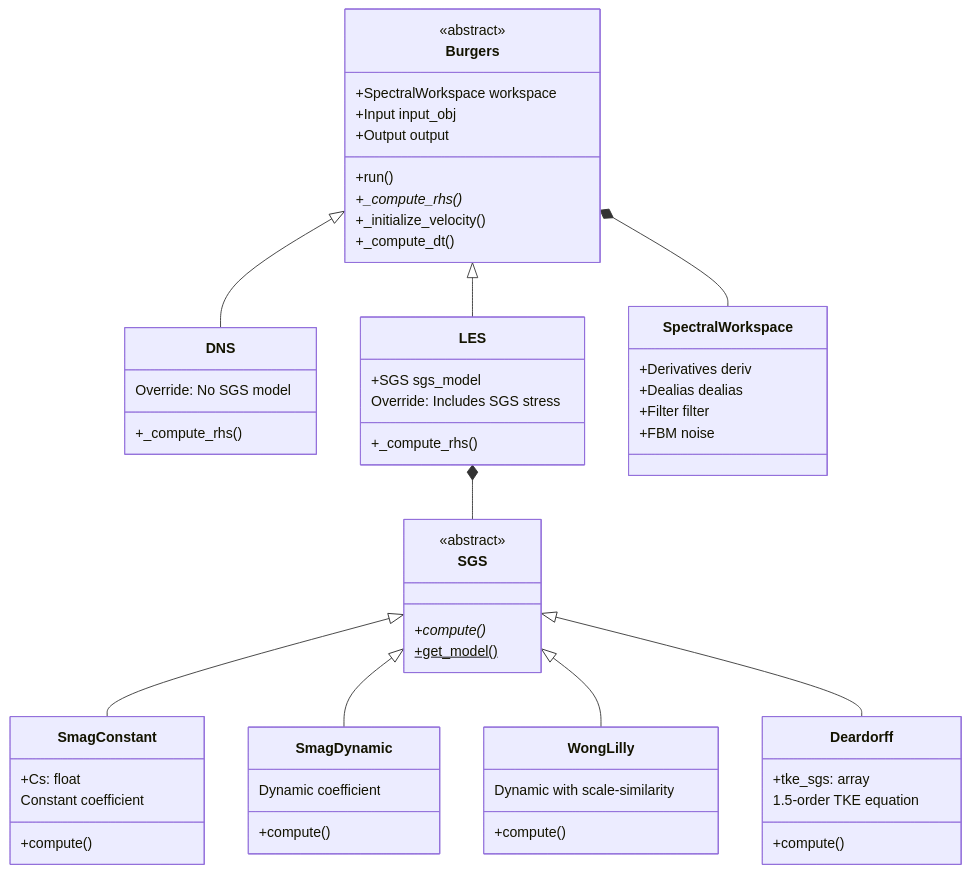
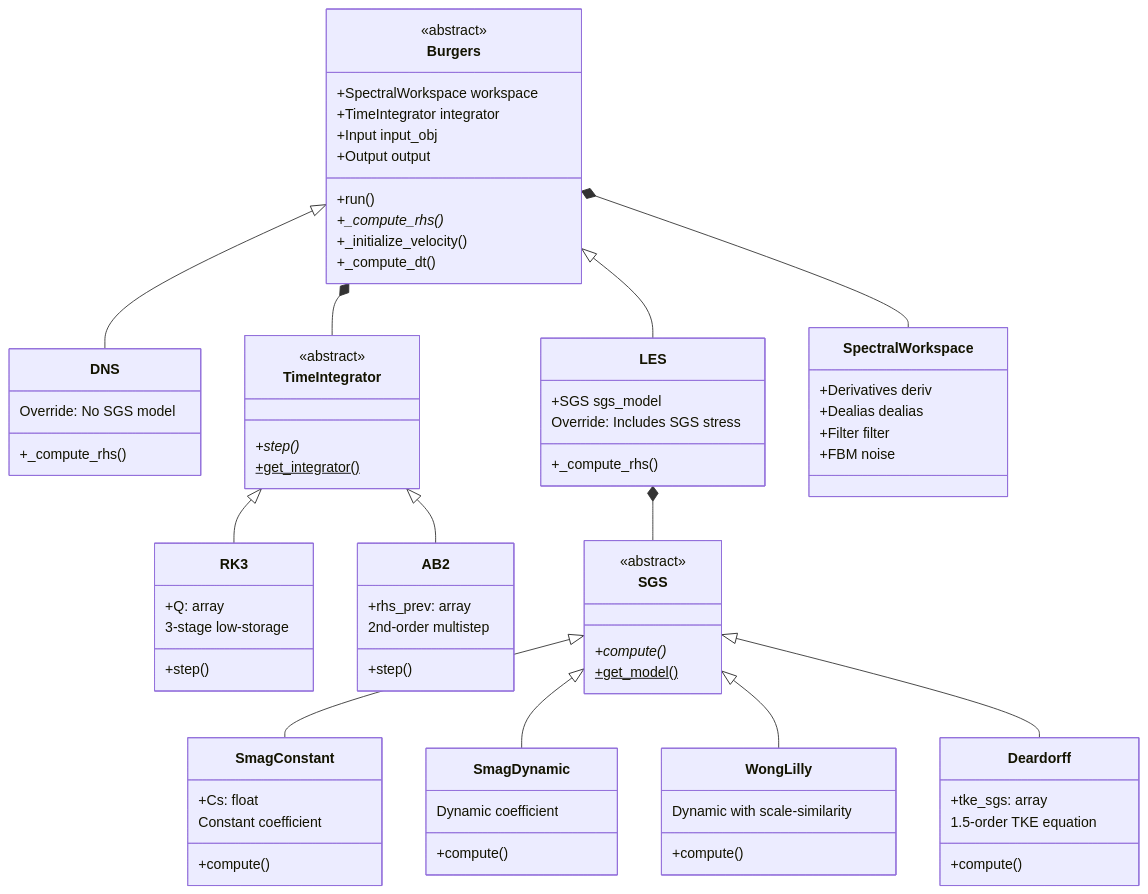
Before and after one commit to jeremygibbs/pyburgers: the fourth of 7 diagrams in docs/architecture.md, drawn with Mermaid. The commit also changed other lines of this file and 11 other files, not shown here.

```diff
--- a/docs/architecture.md
+++ b/docs/architecture.md
@@ -156,6 +172,7 @@
     class Burgers {
         <<abstract>>
         +SpectralWorkspace workspace
+        +TimeIntegrator integrator
         +Input input_obj
         +Output output
         +run()
@@ -173,6 +190,24 @@
         +SGS sgs_model
         +_compute_rhs()
         Override: Includes SGS stress
+    }
+
+    class TimeIntegrator {
+        <<abstract>>
+        +step()*
+        +get_integrator()$
+    }
+
+    class RK3 {
+        +Q: array
+        +step()
+        3-stage low-storage
+    }
+
+    class AB2 {
+        +rhs_prev: array
+        +step()
+        2nd-order multistep
     }
 
     class SGS {
@@ -213,6 +248,9 @@
     Burgers <|-- DNS
     Burgers <|-- LES
     Burgers *-- SpectralWorkspace
+    Burgers *-- TimeIntegrator
+    TimeIntegrator <|-- RK3
+    TimeIntegrator <|-- AB2
     LES *-- SGS
     SGS <|-- SmagConstant
     SGS <|-- SmagDynamic
```
